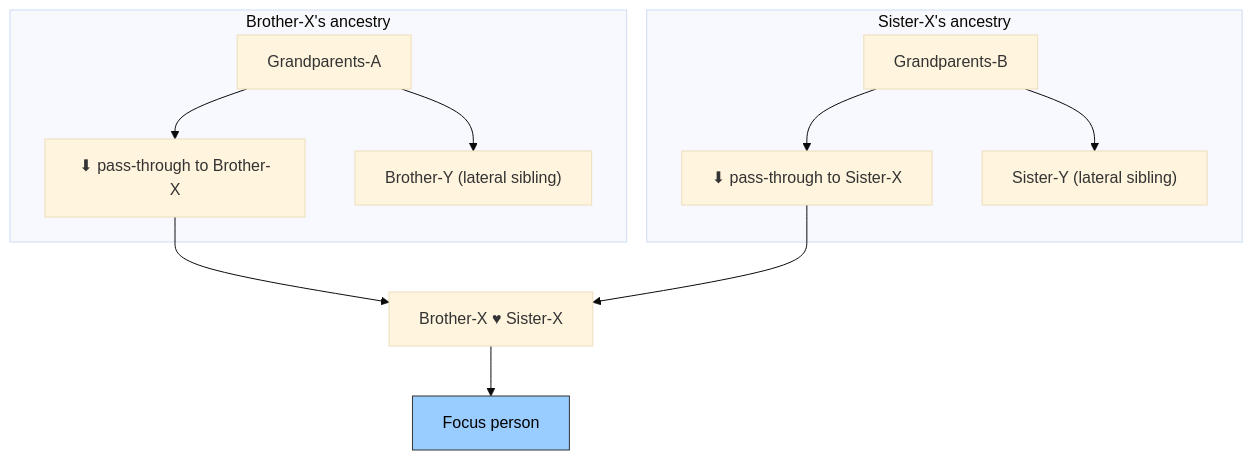
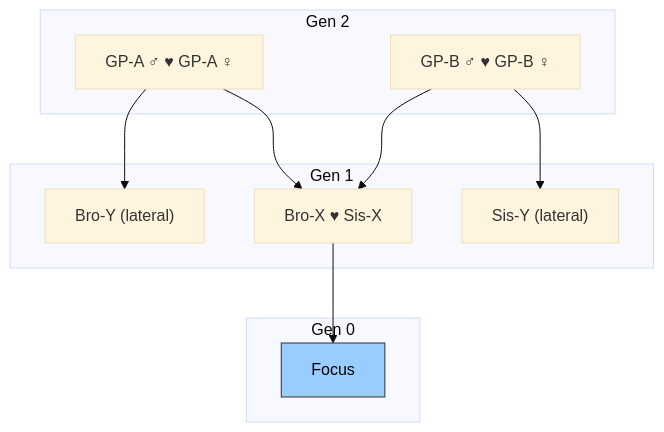
Before and after one commit to san650/ancestry: diagram 13 of 13 in lib/ancestry/people/CLAUDE.md, drawn with Mermaid (base theme). The commit also changed other lines of this file and 21 other files, not shown here.

Commit message:
Graph view improvements (#28)

````diff
--- a/lib/ancestry/people/CLAUDE.md
+++ b/lib/ancestry/people/CLAUDE.md
@@ -359,20 +393,23 @@
 ```mermaid
 flowchart TD
-    subgraph dad_side ["Brother-X's ancestry"]
-        GPA["Grandparents-A"]
-        GPA --> BX_pt["⬇ pass-through to Brother-X"]
-        GPA --> BY_lat["Brother-Y (lateral sibling)"]
+    subgraph gen2 ["Gen 2"]
+        GPA5["GP-A ♂ ♥ GP-A ♀"]
+        GPB5["GP-B ♂ ♥ GP-B ♀"]
+    end
+    subgraph gen1 ["Gen 1"]
+        BYlat5["Bro-Y (lateral)"]
+        BXSX5["Bro-X ♥ Sis-X"]
+        SYlat5["Sis-Y (lateral)"]
+    end
+    subgraph gen0 ["Gen 0"]
+        Focus5["Focus"]
     end
 
-    subgraph mom_side ["Sister-X's ancestry"]
-        GPB["Grandparents-B"]
-        GPB --> SX_pt["⬇ pass-through to Sister-X"]
-        GPB --> SY_lat["Sister-Y (lateral sibling)"]
-    end
+    GPA5 --> BYlat5
+    GPA5 --> BXSX5
+    GPB5 --> BXSX5
+    GPB5 --> SYlat5
+    BXSX5 --> Focus5
 
-    BX_pt --> CE["Brother-X ♥ Sister-X"]
-    SX_pt --> CE
-    CE --> Focus["Focus person"]
-
-    style Focus fill:#9cf,stroke:#333,color:#000
+    style Focus5 fill:#9cf,stroke:#333,color:#000
 ```
````
